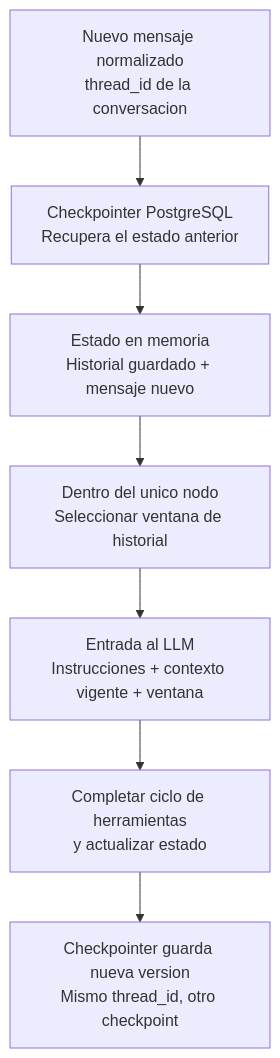
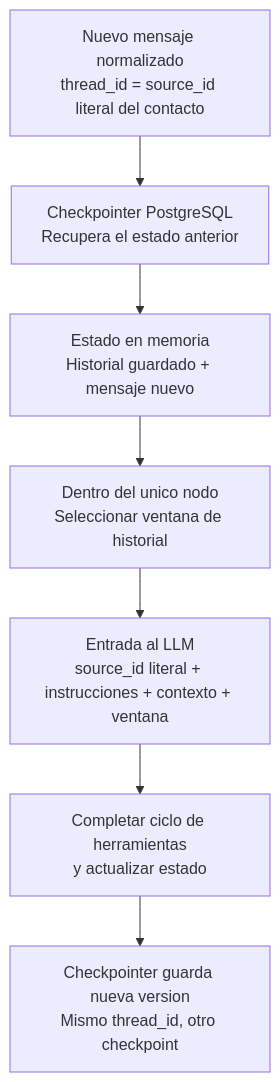
The diagram in specs/001-cobranza-whatsapp/agent-state.md (cristiandrangel/proyecto-agil), drawn with Mermaid before and after one commit. The commit also changed other lines of this file and 13 other files, not shown here.

Commit message:
docs: usa source_id literal y conserva destino por evento

````diff
--- a/specs/001-cobranza-whatsapp/agent-state.md
+++ b/specs/001-cobranza-whatsapp/agent-state.md
@@ -15,11 +45,11 @@
 ```mermaid
 flowchart TD
-    I["Nuevo mensaje normalizado<br/>thread_id de la conversacion"]
+    I["Nuevo mensaje normalizado<br/>thread_id = source_id literal del contacto"]
     CP["Checkpointer PostgreSQL<br/>Recupera el estado anterior"]
     S["Estado en memoria<br/>Historial guardado + mensaje nuevo"]
     W["Dentro del unico nodo<br/>Seleccionar ventana de historial"]
-    L["Entrada al LLM<br/>Instrucciones + contexto vigente + ventana"]
+    L["Entrada al LLM<br/>source_id literal + instrucciones + contexto + ventana"]
     U["Completar ciclo de herramientas<br/>y actualizar estado"]
     G["Checkpointer guarda nueva version<br/>Mismo thread_id, otro checkpoint"]
     I --> CP --> S --> W --> L --> U --> G
 ```
````
